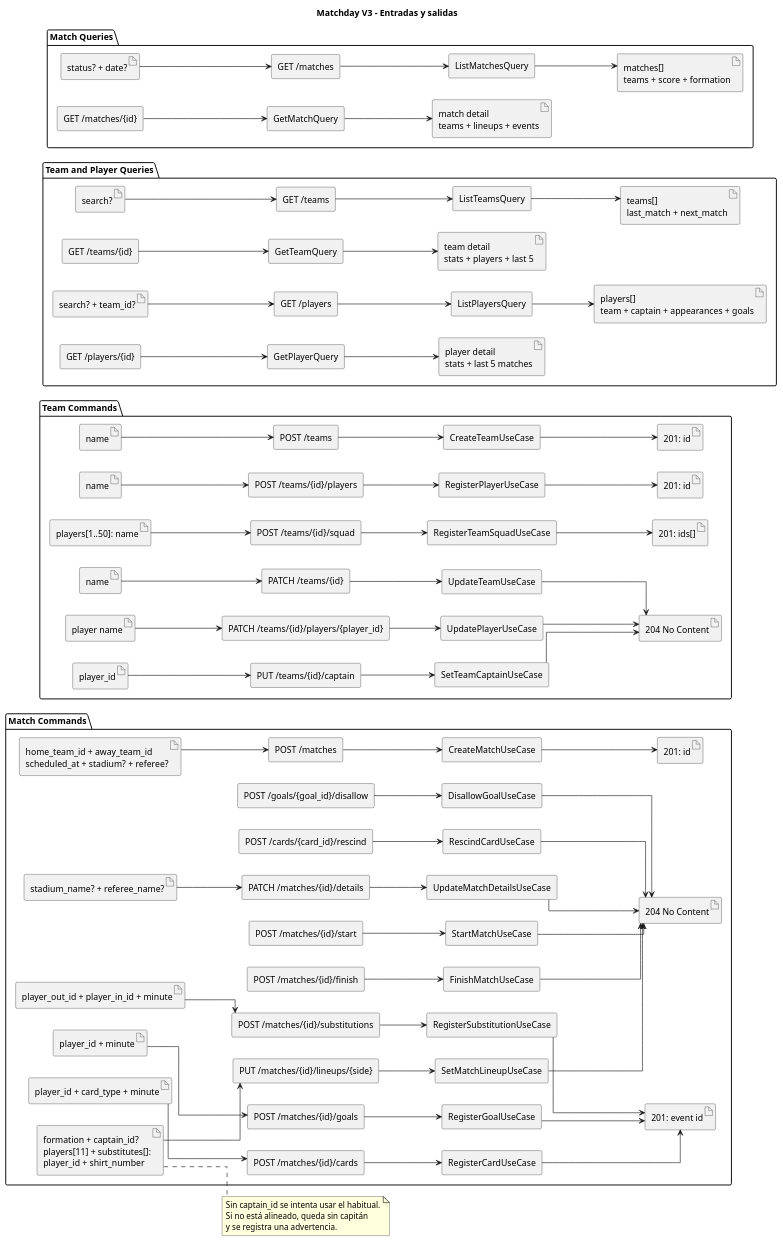
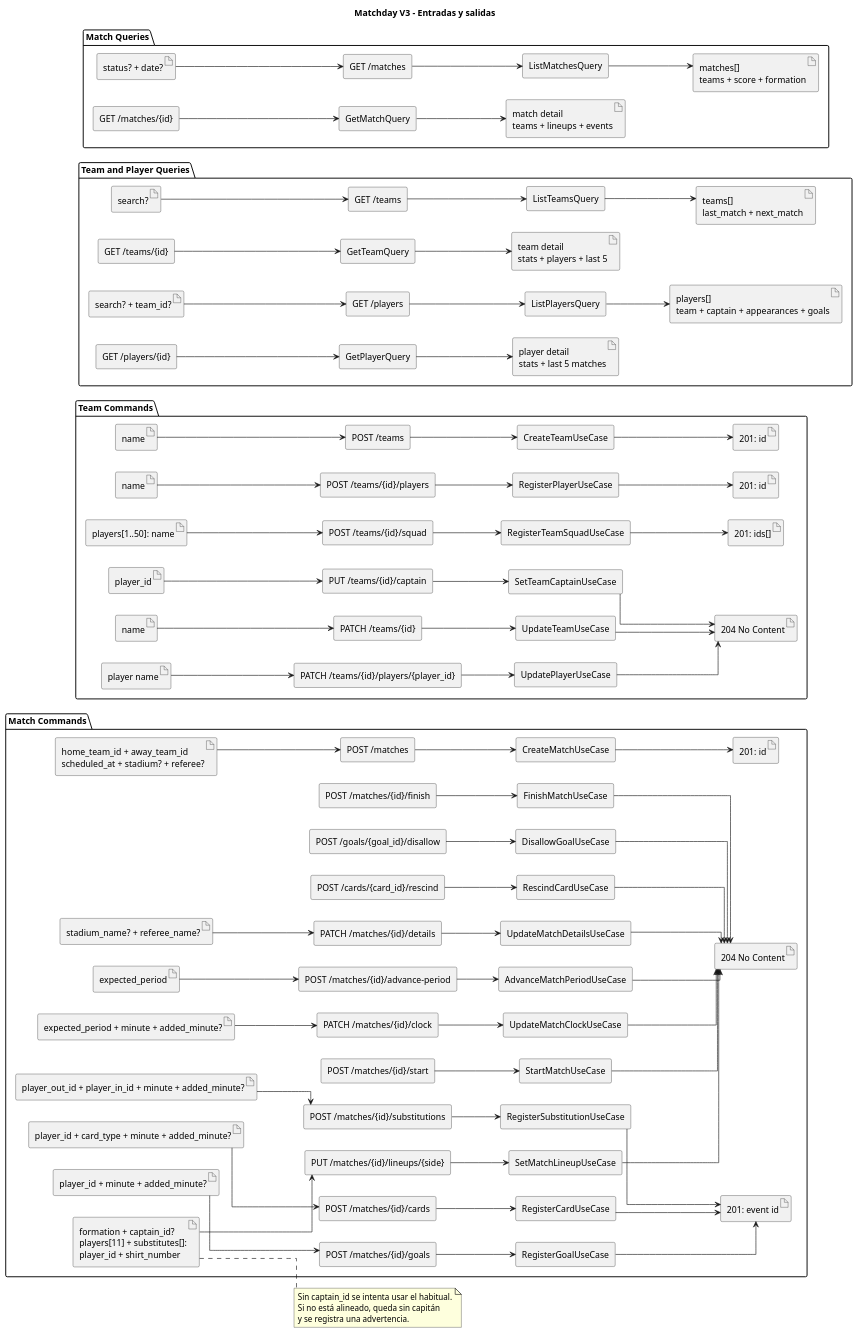
The diagram in docs/diagrams/inputs-outputs.puml (JaredDet/Match-Day), drawn with PlantUML before and after one commit. The commit also changed 41 other files, not shown here.

```diff
--- a/docs/diagrams/inputs-outputs.puml
+++ b/docs/diagrams/inputs-outputs.puml
@@ -1,156 +1,168 @@
 @startuml Matchday Inputs and Outputs
 title Matchday V3 - Entradas y salidas
 left to right direction
 skinparam componentStyle rectangle
 skinparam linetype ortho
 
 package "Team Commands" {
   component "POST /teams" as CreateTeamApi
   component "CreateTeamUseCase" as CreateTeam
   artifact "name" as CreateTeamInput
   artifact "201: id" as CreateTeamOutput
   component "PATCH /teams/{id}" as UpdateTeamApi
   component "UpdateTeamUseCase" as UpdateTeam
   artifact "name" as UpdateTeamInput
   component "POST /teams/{id}/players" as RegisterPlayerApi
   component "RegisterPlayerUseCase" as RegisterPlayer
   artifact "name" as RegisterPlayerInput
   artifact "201: id" as RegisterPlayerOutput
   component "POST /teams/{id}/squad" as RegisterSquadApi
   component "RegisterTeamSquadUseCase" as RegisterSquad
   artifact "players[1..50]: name" as RegisterSquadInput
   artifact "201: ids[]" as RegisterSquadOutput
   component "PATCH /teams/{id}/players/{player_id}" as UpdatePlayerApi
   component "UpdatePlayerUseCase" as UpdatePlayer
   artifact "player name" as UpdatePlayerInput
   component "PUT /teams/{id}/captain" as SetCaptainApi
   component "SetTeamCaptainUseCase" as SetCaptain
   artifact "player_id" as SetCaptainInput
   artifact "204 No Content" as EmptyTeamOutput
 }
 
 package "Team and Player Queries" {
   component "GET /teams" as ListTeamsApi
   component "ListTeamsQuery" as ListTeams
   artifact "search?" as ListTeamsInput
   artifact "teams[]\nlast_match + next_match" as ListTeamsOutput
   component "GET /teams/{id}" as GetTeamApi
   component "GetTeamQuery" as GetTeam
   artifact "team detail\nstats + players + last 5" as GetTeamOutput
   component "GET /players" as ListPlayersApi
   component "ListPlayersQuery" as ListPlayers
   artifact "search? + team_id?" as ListPlayersInput
   artifact "players[]\nteam + captain + appearances + goals" as ListPlayersOutput
   component "GET /players/{id}" as GetPlayerApi
   component "GetPlayerQuery" as GetPlayer
   artifact "player detail\nstats + last 5 matches" as GetPlayerOutput
 }
 
 package "Match Commands" {
   component "POST /matches" as CreateMatchApi
   component "CreateMatchUseCase" as CreateMatch
   artifact "home_team_id + away_team_id\nscheduled_at + stadium? + referee?" as CreateMatchInput
   artifact "201: id" as CreateMatchOutput
   component "PATCH /matches/{id}/details" as UpdateDetailsApi
   component "UpdateMatchDetailsUseCase" as UpdateDetails
   artifact "stadium_name? + referee_name?" as UpdateDetailsInput
   component "PUT /matches/{id}/lineups/{side}" as SetLineupApi
   component "SetMatchLineupUseCase" as SetLineup
   artifact "formation + captain_id?\nplayers[11] + substitutes[]:\nplayer_id + shirt_number" as SetLineupInput
   component "POST /matches/{id}/start" as StartApi
   component "StartMatchUseCase" as StartMatch
+  component "POST /matches/{id}/advance-period" as AdvancePeriodApi
+  component "AdvanceMatchPeriodUseCase" as AdvancePeriod
+  artifact "expected_period" as AdvancePeriodInput
+  component "PATCH /matches/{id}/clock" as UpdateClockApi
+  component "UpdateMatchClockUseCase" as UpdateClock
+  artifact "expected_period + minute + added_minute?" as UpdateClockInput
   component "POST /matches/{id}/finish" as FinishApi
   component "FinishMatchUseCase" as FinishMatch
   component "POST /matches/{id}/goals" as GoalApi
   component "RegisterGoalUseCase" as RegisterGoal
-  artifact "player_id + minute" as GoalInput
+  artifact "player_id + minute + added_minute?" as GoalInput
   artifact "201: event id" as EventOutput
   component "POST /matches/{id}/cards" as CardApi
   component "RegisterCardUseCase" as RegisterCard
-  artifact "player_id + card_type + minute" as CardInput
+  artifact "player_id + card_type + minute + added_minute?" as CardInput
   component "POST /matches/{id}/substitutions" as SubstitutionApi
   component "RegisterSubstitutionUseCase" as RegisterSubstitution
-  artifact "player_out_id + player_in_id + minute" as SubstitutionInput
+  artifact "player_out_id + player_in_id + minute + added_minute?" as SubstitutionInput
   component "POST /goals/{goal_id}/disallow" as DisallowApi
   component "DisallowGoalUseCase" as DisallowGoal
   component "POST /cards/{card_id}/rescind" as RescindApi
   component "RescindCardUseCase" as RescindCard
   artifact "204 No Content" as EmptyMatchOutput
 }
 
 package "Match Queries" {
   component "GET /matches" as ListMatchesApi
   component "ListMatchesQuery" as ListMatches
   artifact "status? + date?" as ListMatchesInput
   artifact "matches[]\nteams + score + formation" as ListMatchesOutput
   component "GET /matches/{id}" as GetMatchApi
   component "GetMatchQuery" as GetMatch
   artifact "match detail\nteams + lineups + events" as GetMatchOutput
 }
 
 CreateTeamInput --> CreateTeamApi
 CreateTeamApi --> CreateTeam
 CreateTeam --> CreateTeamOutput
 UpdateTeamInput --> UpdateTeamApi
 UpdateTeamApi --> UpdateTeam
 UpdateTeam --> EmptyTeamOutput
 RegisterPlayerInput --> RegisterPlayerApi
 RegisterPlayerApi --> RegisterPlayer
 RegisterPlayer --> RegisterPlayerOutput
 RegisterSquadInput --> RegisterSquadApi
 RegisterSquadApi --> RegisterSquad
 RegisterSquad --> RegisterSquadOutput
 UpdatePlayerInput --> UpdatePlayerApi
 UpdatePlayerApi --> UpdatePlayer
 UpdatePlayer --> EmptyTeamOutput
 SetCaptainInput --> SetCaptainApi
 SetCaptainApi --> SetCaptain
 SetCaptain --> EmptyTeamOutput
 ListTeamsInput --> ListTeamsApi
 ListTeamsApi --> ListTeams
 ListTeams --> ListTeamsOutput
 GetTeamApi --> GetTeam
 GetTeam --> GetTeamOutput
 ListPlayersInput --> ListPlayersApi
 ListPlayersApi --> ListPlayers
 ListPlayers --> ListPlayersOutput
 GetPlayerApi --> GetPlayer
 GetPlayer --> GetPlayerOutput
 CreateMatchInput --> CreateMatchApi
 CreateMatchApi --> CreateMatch
 CreateMatch --> CreateMatchOutput
 UpdateDetailsInput --> UpdateDetailsApi
 UpdateDetailsApi --> UpdateDetails
 UpdateDetails --> EmptyMatchOutput
 SetLineupInput --> SetLineupApi
 SetLineupApi --> SetLineup
 SetLineup --> EmptyMatchOutput
 StartApi --> StartMatch
 StartMatch --> EmptyMatchOutput
+AdvancePeriodInput --> AdvancePeriodApi
+AdvancePeriodApi --> AdvancePeriod
+AdvancePeriod --> EmptyMatchOutput
+UpdateClockInput --> UpdateClockApi
+UpdateClockApi --> UpdateClock
+UpdateClock --> EmptyMatchOutput
 FinishApi --> FinishMatch
 FinishMatch --> EmptyMatchOutput
 GoalInput --> GoalApi
 GoalApi --> RegisterGoal
 RegisterGoal --> EventOutput
 CardInput --> CardApi
 CardApi --> RegisterCard
 RegisterCard --> EventOutput
 SubstitutionInput --> SubstitutionApi
 SubstitutionApi --> RegisterSubstitution
 RegisterSubstitution --> EventOutput
 DisallowApi --> DisallowGoal
 DisallowGoal --> EmptyMatchOutput
 RescindApi --> RescindCard
 RescindCard --> EmptyMatchOutput
 ListMatchesInput --> ListMatchesApi
 ListMatchesApi --> ListMatches
 ListMatches --> ListMatchesOutput
 GetMatchApi --> GetMatch
 GetMatch --> GetMatchOutput
 
 note right of SetLineupInput
   Sin captain_id se intenta usar el habitual.
   Si no está alineado, queda sin capitán
   y se registra una advertencia.
 end note
 @enduml
```
